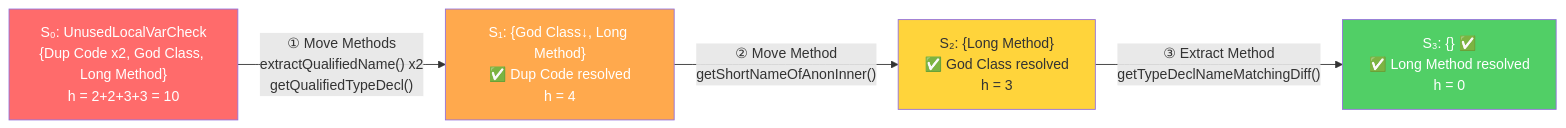
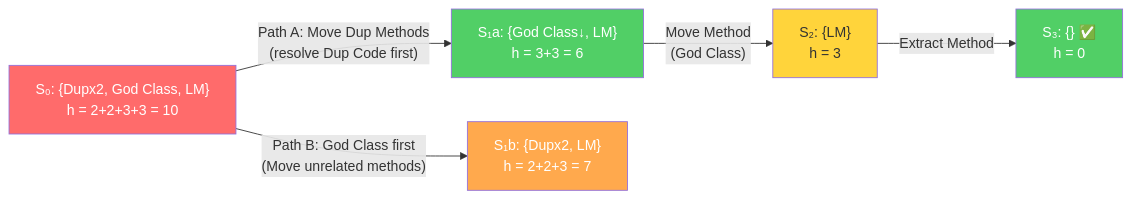
The fifth of 9 diagrams in slides_planning.md (hpietukhin/smellai), drawn with Mermaid before and after one commit. The commit also changed other lines of this file, not shown here.

````diff
--- a/slides_planning.md
+++ b/slides_planning.md
@@ -665,13 +602,14 @@
 ```mermaid
 graph LR
-  S0["S₀: UnusedLocalVarCheck<br/>{Dup Code x2, God Class, Long Method}<br/>h = 2+2+3+3 = 10"] -->|"① Move Methods<br/>extractQualifiedName() x2<br/>getQualifiedTypeDecl()"| S1["S₁: {God Class↓, Long Method}<br/>✅ Dup Code resolved<br/>h = 4"]
+  S0["S₀: {Dupx2, God Class, LM}<br/>h = 2+2+3+3 = 10"] -->|"Path A: Move Dup Methods<br/>(resolve Dup Code first)"| S1a["S₁a: {God Class↓, LM}<br/>h = 3+3 = 6"]
+  S0 -->|"Path B: God Class first<br/>(Move unrelated methods)"| S1b["S₁b: {Dupx2, LM}<br/>h = 2+2+3 = 7"]
 
-  S1 -->|"② Move Method<br/>getShortNameOfAnonInner()"| S2["S₂: {Long Method}<br/>✅ God Class resolved<br/>h = 3"]
-
-  S2 -->|"③ Extract Method<br/>getTypeDeclNameMatchingDiff()"| S3["S₃: {} ✅<br/>✅ Long Method resolved<br/>h = 0"]
+  S1a -->|"Move Method<br/>(God Class)"| S2["S₂: {LM}<br/>h = 3"]
+  S2 -->|"Extract Method"| S3["S₃: {} ✅<br/>h = 0"]
 
   style S0 fill:#ff6b6b,color:#fff
-  style S1 fill:#ffa94d,color:#fff
+  style S1a fill:#51cf66,color:#fff
+  style S1b fill:#ffa94d,color:#fff
   style S2 fill:#ffd43b,color:#333
   style S3 fill:#51cf66,color:#fff
 ```
````
